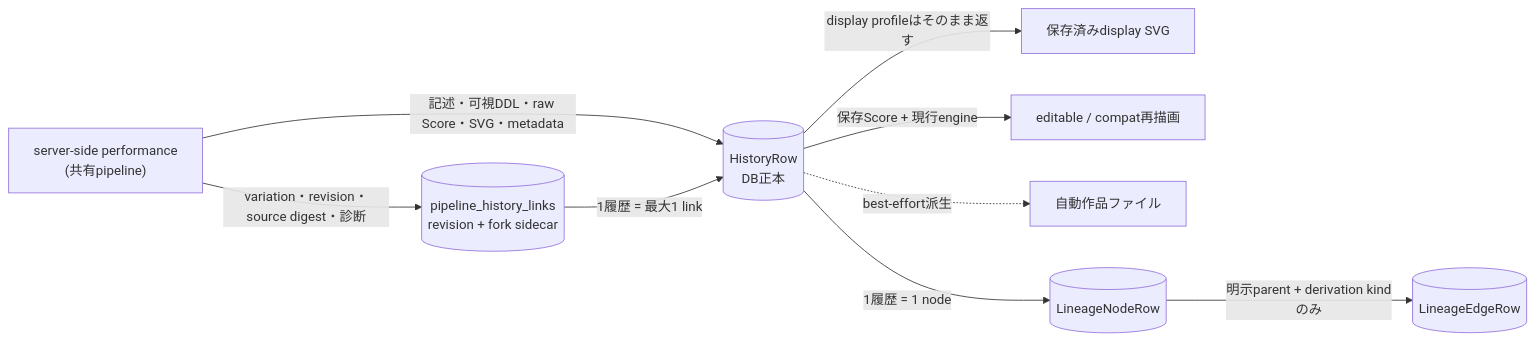
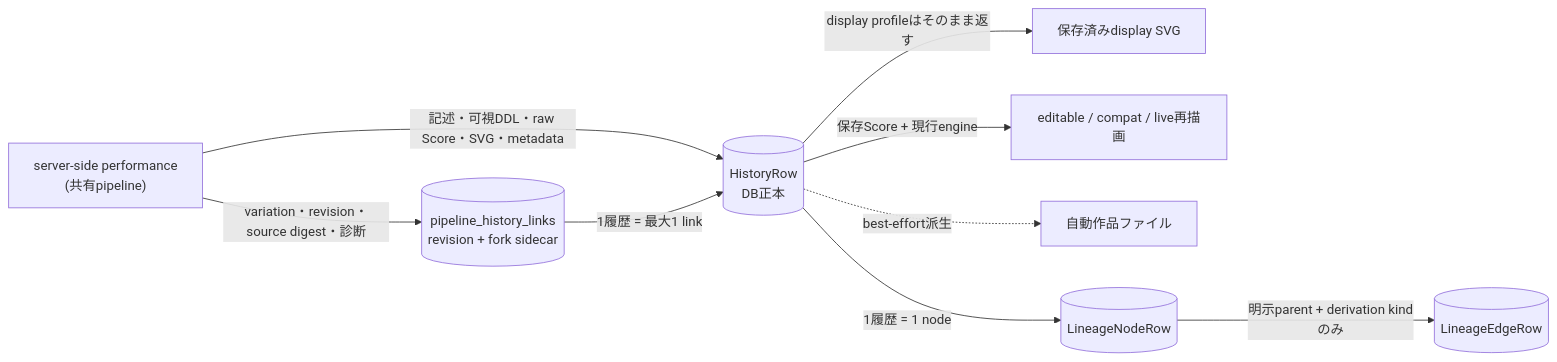
The first of 5 diagrams in docs/architecture/data-history-lineage.ja.md (oikawas/inku-lang), drawn with Mermaid before and after one commit. The commit also changed other lines of this file and 15 other files, not shown here.

````diff
--- a/docs/architecture/data-history-lineage.ja.md
+++ b/docs/architecture/data-history-lineage.ja.md
@@ -5,20 +5,20 @@
 ```mermaid
 flowchart LR
     PAINT["server-side performance\n(共有pipeline)"]
     ROW[("HistoryRow\nDB正本")]
     LINK[("pipeline_history_links\nrevision + fork sidecar")]
     SVG["保存済みdisplay SVG"]
-    EXPORT["editable / compat再描画"]
+    EXPORT["editable / compat / live再描画"]
     FILES["自動作品ファイル"]
     NODE[("LineageNodeRow")]
     EDGE[("LineageEdgeRow")]
 
     PAINT -->|"記述・可視DDL・raw Score・SVG・metadata"| ROW
     PAINT -->|"variation・revision・source digest・診断"| LINK
     LINK -->|"1履歴 = 最大1 link"| ROW
     ROW -->|"display profileはそのまま返す"| SVG
     ROW -->|"保存Score + 現行engine"| EXPORT
     ROW -.->|"best-effort派生"| FILES
     ROW -->|"1履歴 = 1 node"| NODE
     NODE -->|"明示parent + derivation kindのみ"| EDGE
 ```
````
